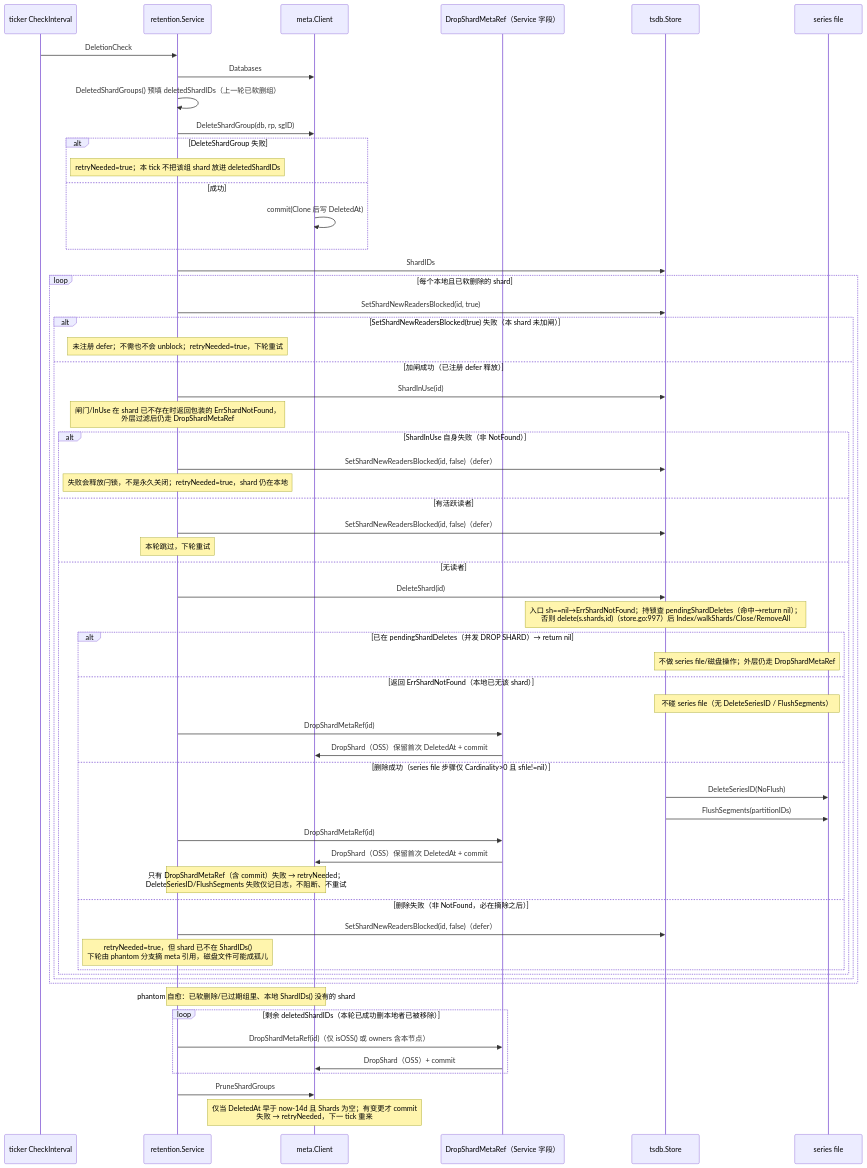
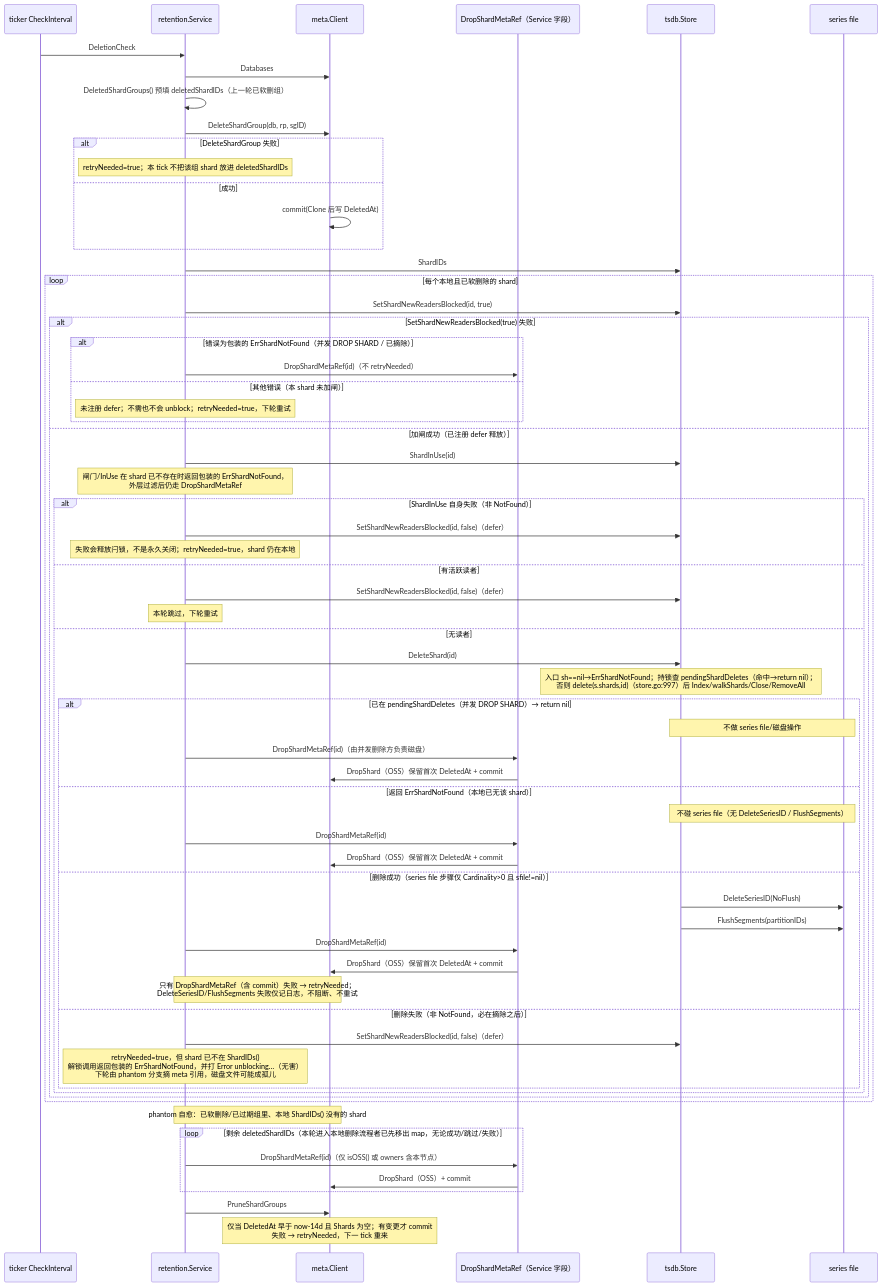
Before and after one commit to stefanv5/influxdb: the second of 3 diagrams in docs/specs/v1.8.10-vs-v1.12.3/05_meta_background_diff.md, drawn with Mermaid. The commit also changed other lines of this file and 16 other files, not shown here.

````diff
--- a/docs/specs/v1.8.10-vs-v1.12.3/05_meta_background_diff.md
+++ b/docs/specs/v1.8.10-vs-v1.12.3/05_meta_background_diff.md
@@ -100,61 +104,67 @@
 ```mermaid
 sequenceDiagram
     participant T as ticker CheckInterval
     participant R as retention.Service
     participant M as meta.Client
     participant DSM as DropShardMetaRef（Service 字段）
     participant S as tsdb.Store
     participant F as series file
     T->>R: DeletionCheck
     R->>M: Databases
     R->>R: DeletedShardGroups() 预填 deletedShardIDs（上一轮已软删组）
     R->>M: DeleteShardGroup(db, rp, sgID)
     alt DeleteShardGroup 失败
         Note over R: retryNeeded=true；本 tick 不把该组 shard 放进 deletedShardIDs
     else 成功
         M->>M: commit(Clone 后写 DeletedAt)
     end
     R->>S: ShardIDs
     loop 每个本地且已软删除的 shard
         R->>S: SetShardNewReadersBlocked(id, true)
-        alt SetShardNewReadersBlocked(true) 失败（本 shard 未加闸）
-            Note over R: 未注册 defer；不需也不会 unblock；retryNeeded=true，下轮重试
+        alt SetShardNewReadersBlocked(true) 失败
+            alt 错误为包装的 ErrShardNotFound（并发 DROP SHARD / 已摘除）
+                R->>DSM: DropShardMetaRef(id)（不 retryNeeded）
+            else 其他错误（本 shard 未加闸）
+                Note over R: 未注册 defer；不需也不会 unblock；retryNeeded=true，下轮重试
+            end
         else 加闸成功（已注册 defer 释放）
             R->>S: ShardInUse(id)
             Note over R: 闸门/InUse 在 shard 已不存在时返回包装的 ErrShardNotFound，<br/>外层过滤后仍走 DropShardMetaRef
             alt ShardInUse 自身失败（非 NotFound）
                 R->>S: SetShardNewReadersBlocked(id, false)（defer）
                 Note over R: 失败会释放闩锁，不是永久关闭；retryNeeded=true，shard 仍在本地
             else 有活跃读者
                 R->>S: SetShardNewReadersBlocked(id, false)（defer）
                 Note over R: 本轮跳过，下轮重试
             else 无读者
                 R->>S: DeleteShard(id)
                 Note over S: 入口 sh==nil→ErrShardNotFound；持锁查 pendingShardDeletes（命中→return nil）；<br/>否则 delete(s.shards,id)（store.go:997）后 Index/walkShards/Close/RemoveAll
                 alt 已在 pendingShardDeletes（并发 DROP SHARD）→ return nil
-                    Note over S,F: 不做 series file/磁盘操作；外层仍走 DropShardMetaRef
+                    Note over S,F: 不做 series file/磁盘操作
+                    R->>DSM: DropShardMetaRef(id)（由并发删除方负责磁盘）
+                    DSM->>M: DropShard（OSS）保留首次 DeletedAt + commit
                 else 返回 ErrShardNotFound（本地已无该 shard）
                     Note over S,F: 不碰 series file（无 DeleteSeriesID / FlushSegments）
                     R->>DSM: DropShardMetaRef(id)
                     DSM->>M: DropShard（OSS）保留首次 DeletedAt + commit
                 else 删除成功（series file 步骤仅 Cardinality>0 且 sfile!=nil）
                     S->>F: DeleteSeriesID(NoFlush)
                     S->>F: FlushSegments(partitionIDs)
                     R->>DSM: DropShardMetaRef(id)
                     DSM->>M: DropShard（OSS）保留首次 DeletedAt + commit
                     Note over R,M: 只有 DropShardMetaRef（含 commit）失败 → retryNeeded；<br/>DeleteSeriesID/FlushSegments 失败仅记日志，不阻断、不重试
                 else 删除失败（非 NotFound，必在摘除之后）
                     R->>S: SetShardNewReadersBlocked(id, false)（defer）
-                    Note over R: retryNeeded=true，但 shard 已不在 ShardIDs()<br/>下轮由 phantom 分支摘 meta 引用，磁盘文件可能成孤儿
+                    Note over R: retryNeeded=true，但 shard 已不在 ShardIDs()<br/>解锁调用返回包装的 ErrShardNotFound，并打 Error unblocking…（无害）<br/>下轮由 phantom 分支摘 meta 引用，磁盘文件可能成孤儿
                 end
             end
         end
     end
     Note over R,M: phantom 自愈：已软删除/已过期组里、本地 ShardIDs() 没有的 shard
-    loop 剩余 deletedShardIDs（本轮已成功删本地者已被移除）
+    loop 剩余 deletedShardIDs（本轮进入本地删除流程者已先移出 map，无论成功/跳过/失败）
         R->>DSM: DropShardMetaRef(id)（仅 isOSS() 或 owners 含本节点）
         DSM->>M: DropShard（OSS）+ commit
     end
     R->>M: PruneShardGroups
     Note over M: 仅当 DeletedAt 早于 now-14d 且 Shards 为空；有变更才 commit<br/>失败 → retryNeeded，下一 tick 重来
 ```
````
